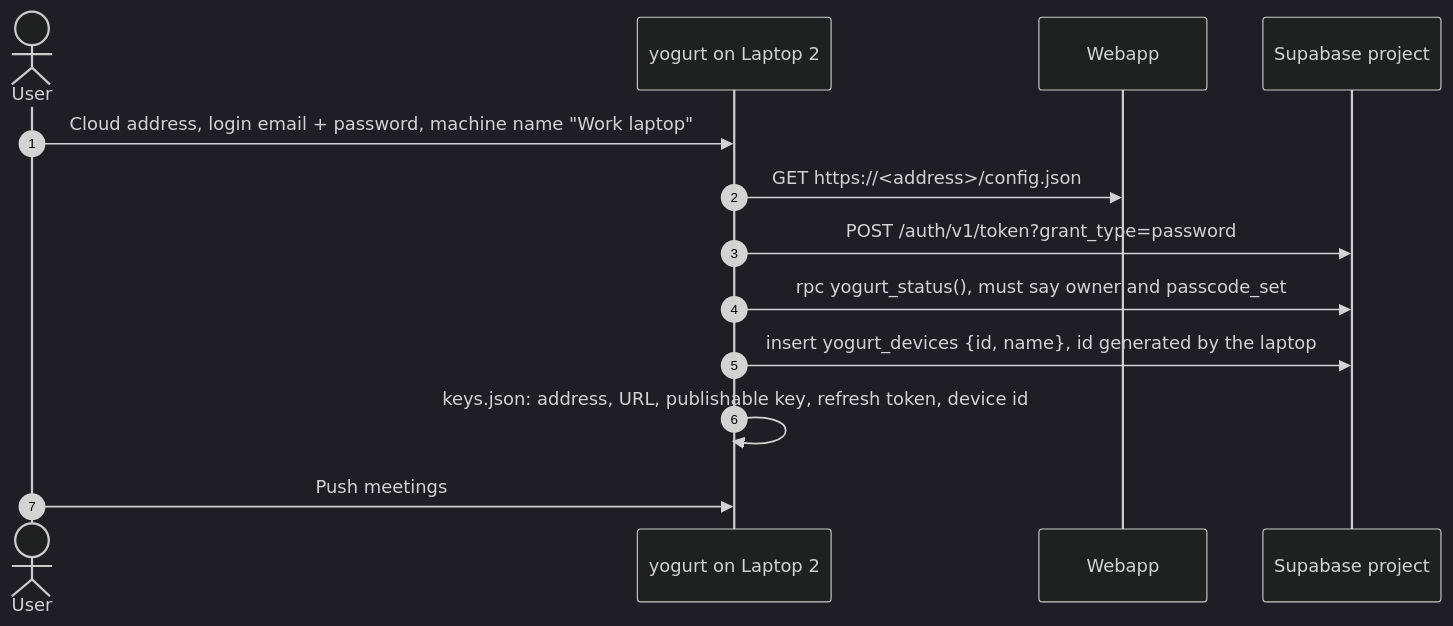
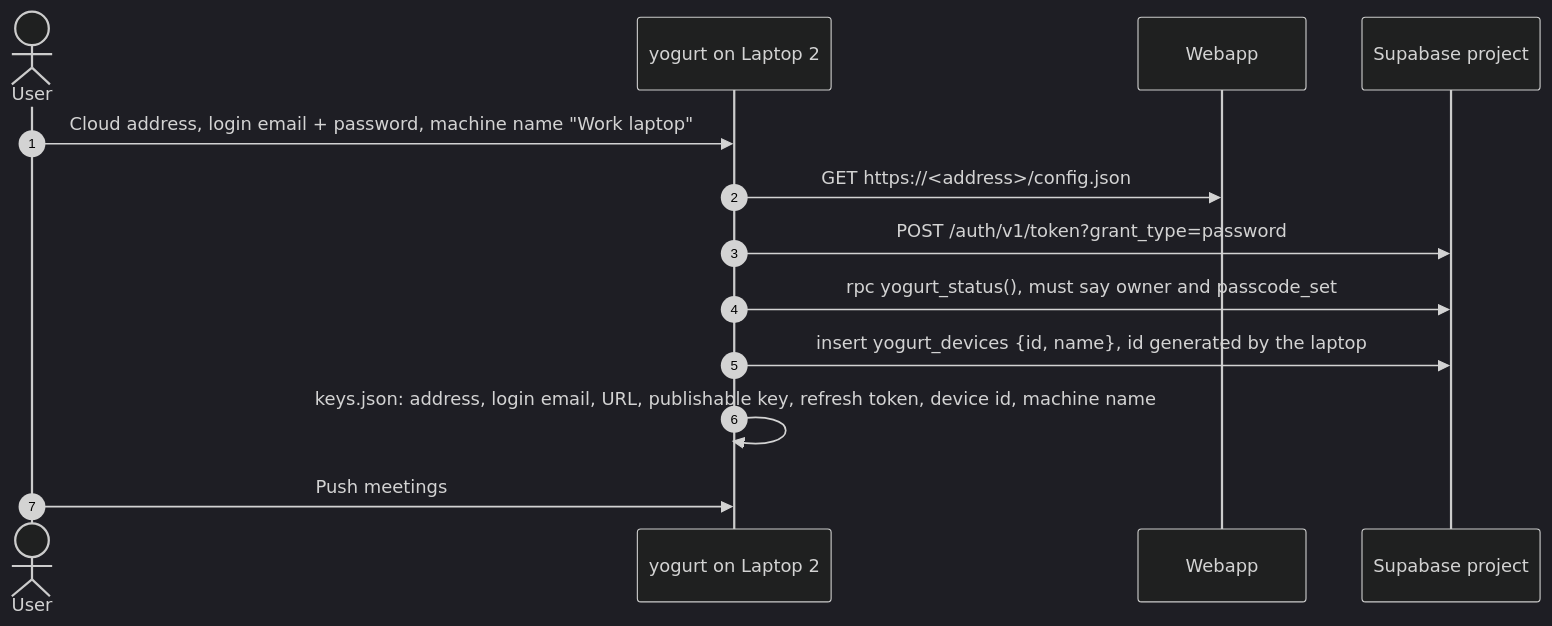
The fourth of 5 diagrams in docs/.planning/sync-cloud-mirror-design.md (jarvisrchen/yogurt), drawn with Mermaid (dark theme) before and after one commit. The commit also changed other lines of this file and 61 other files, not shown here.

````diff
--- a/docs/.planning/sync-cloud-mirror-design.md
+++ b/docs/.planning/sync-cloud-mirror-design.md
@@ -172,16 +172,16 @@
 ```mermaid
 sequenceDiagram
   autonumber
   actor U as User
   participant Y as yogurt on Laptop 2
   participant V as Webapp
   participant P as Supabase project
 
   U->>Y: Cloud address, login email + password, machine name "Work laptop"
   Y->>V: GET https://<address>/config.json
   Y->>P: POST /auth/v1/token?grant_type=password
   Y->>P: rpc yogurt_status(), must say owner and passcode_set
   Y->>P: insert yogurt_devices {id, name}, id generated by the laptop
-  Y->>Y: keys.json: address, URL, publishable key, refresh token, device id
+  Y->>Y: keys.json: address, login email, URL, publishable key, refresh token, device id, machine name
   U->>Y: Push meetings
 ```
````
